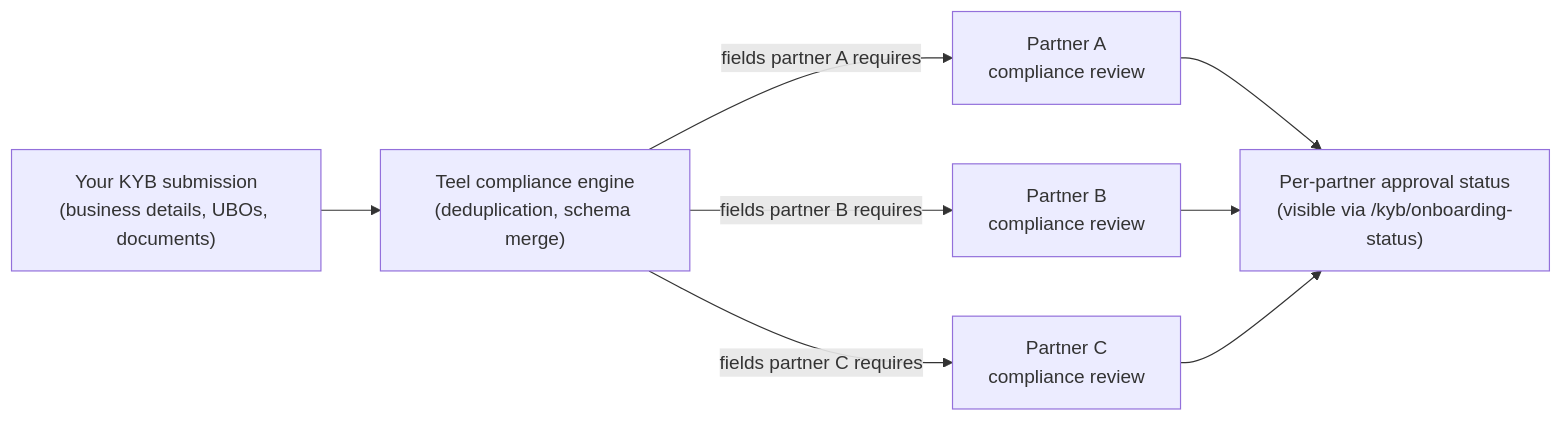
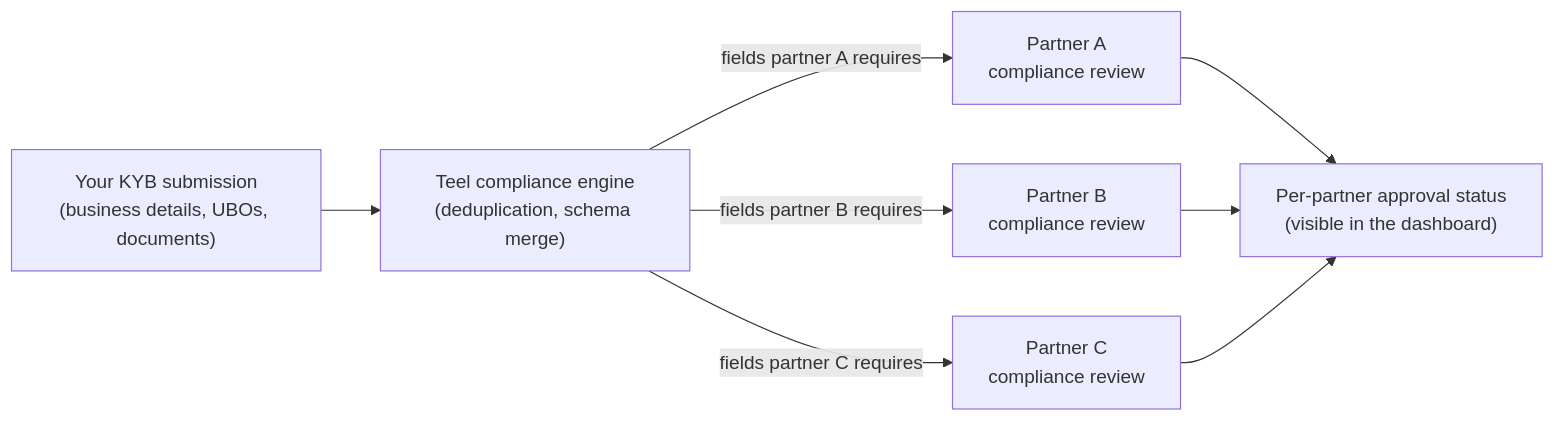
The third of 3 diagrams in architecture.mdx (TeelOrg/docs), drawn with Mermaid before and after one commit. The commit also changed other lines of this file and 14 other files, not shown here.

````diff
--- a/architecture.mdx
+++ b/architecture.mdx
@@ -118,17 +118,17 @@
 ```mermaid
 flowchart LR
     KYB["Your KYB submission<br/>(business details, UBOs, documents)"]
     TeelComp["Teel compliance engine<br/>(deduplication, schema merge)"]
     PA["Partner A<br/>compliance review"]
     PB["Partner B<br/>compliance review"]
     PC["Partner C<br/>compliance review"]
-    Status["Per-partner approval status<br/>(visible via /kyb/onboarding-status)"]
+    Status["Per-partner approval status<br/>(visible in the dashboard)"]
 
     KYB --> TeelComp
     TeelComp -->|fields partner A requires| PA
     TeelComp -->|fields partner B requires| PB
     TeelComp -->|fields partner C requires| PC
     PA --> Status
     PB --> Status
     PC --> Status
 ```
````
